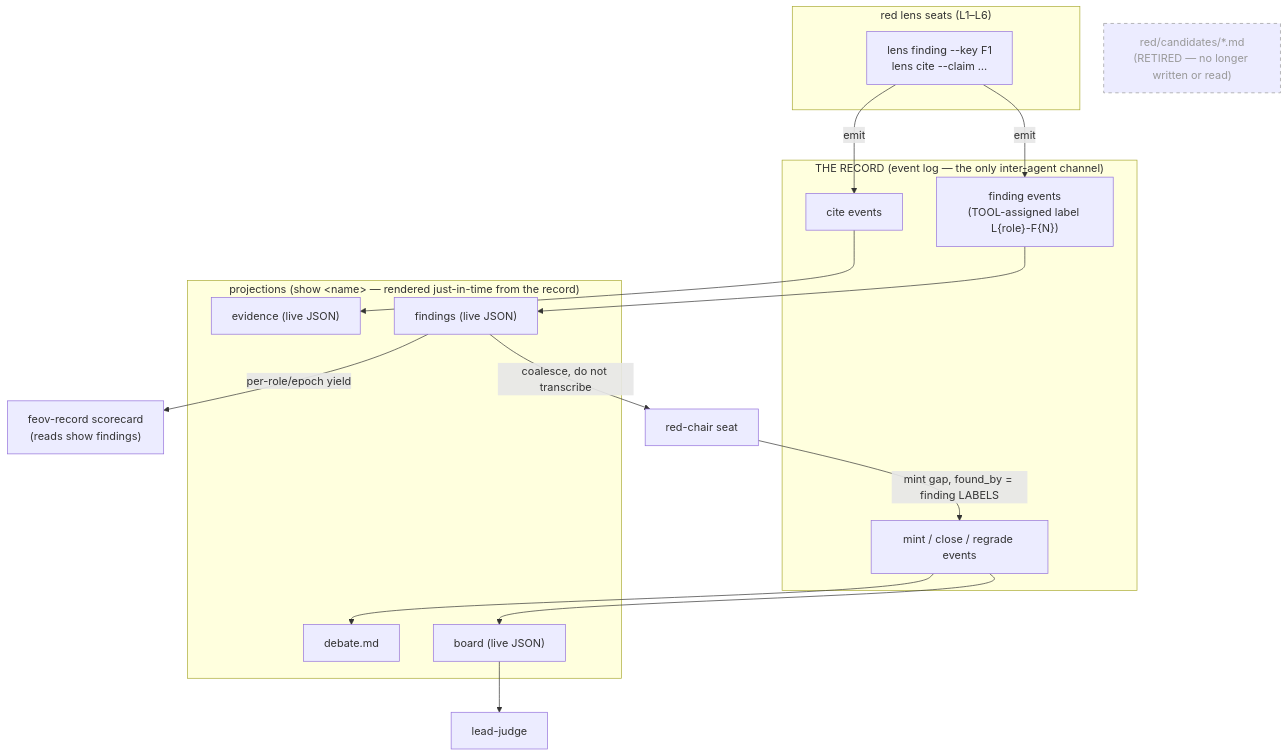
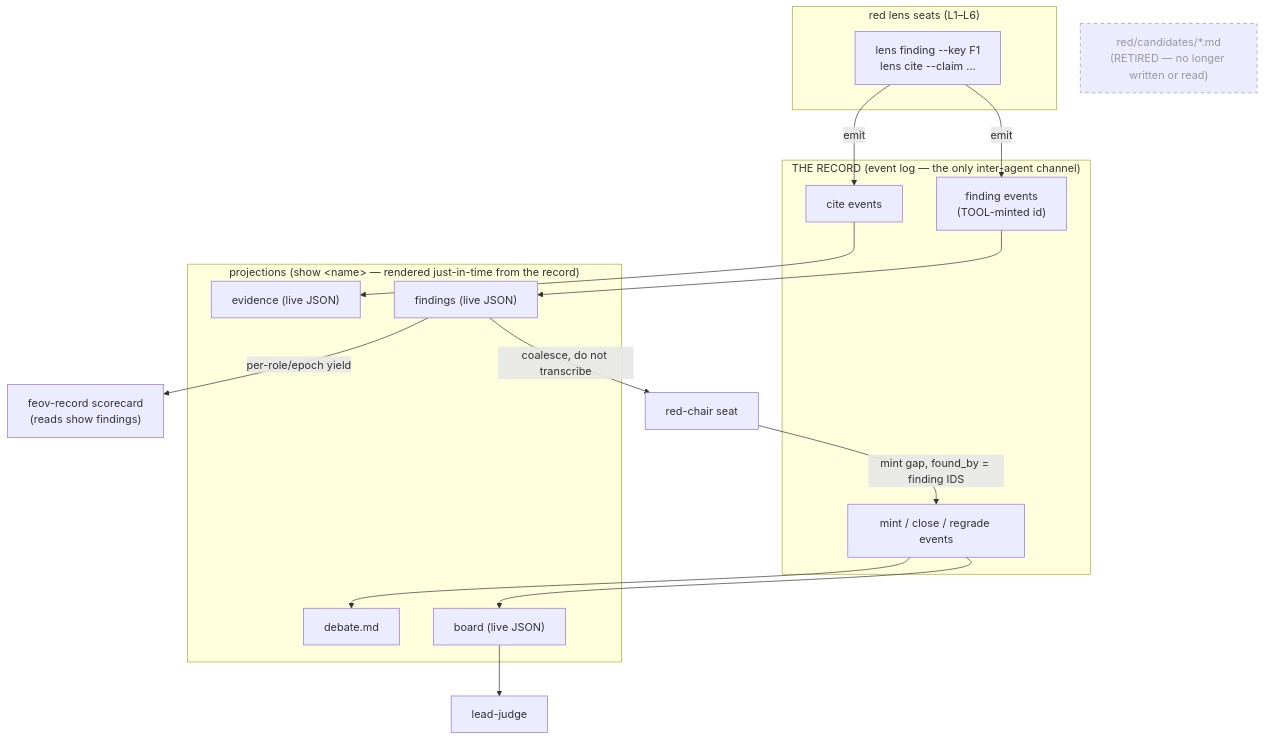
The second of 2 diagrams in plugins/frank-exchange-of-views/docs/record-flow.md (ctoforaday/special-circumstances), drawn with Mermaid before and after one commit. The commit also changed other lines of this file and 254 other files, not shown here.

````diff
--- a/plugins/frank-exchange-of-views/docs/record-flow.md
+++ b/plugins/frank-exchange-of-views/docs/record-flow.md
@@ -34,35 +34,35 @@
 ```mermaid
 flowchart TB
   subgraph lenses["red lens seats (L1–L6)"]
     L["lens finding --key F1<br/>lens cite --claim …"]
   end
   subgraph record["THE RECORD (event log — the only inter-agent channel)"]
-    FE["finding events<br/>(TOOL-assigned label L{role}-F{N})"]
+    FE["finding events<br/>(TOOL-minted id)"]
     CE["cite events"]
     ME["mint / close / regrade events"]
   end
   subgraph views["projections (show &lt;name&gt; — rendered just-in-time from the record)"]
     FV["findings (live JSON)"]
     CL["evidence (live JSON)"]
     BD["board (live JSON)"]
     DBT["debate.md"]
   end
   chair["red-chair seat"]
   score["feov-record scorecard<br/>(reads show findings)"]
   bench["lead-judge"]
 
   L -->|emit| FE
   L -->|emit| CE
   FE --> FV
   CE --> CL
   ME --> BD
   FV -->|coalesce, do not transcribe| chair
-  chair -->|mint gap, found_by = finding LABELS| ME
+  chair -->|mint gap, found_by = finding IDS| ME
   FV -->|per-role/epoch yield| score
   BD --> bench
   ME --> DBT
 
   X["red/candidates/*.md<br/>(RETIRED — no longer written or read)"]
   class X retired
   classDef retired stroke-dasharray:5 5,color:#999,stroke:#999
 ```
````
